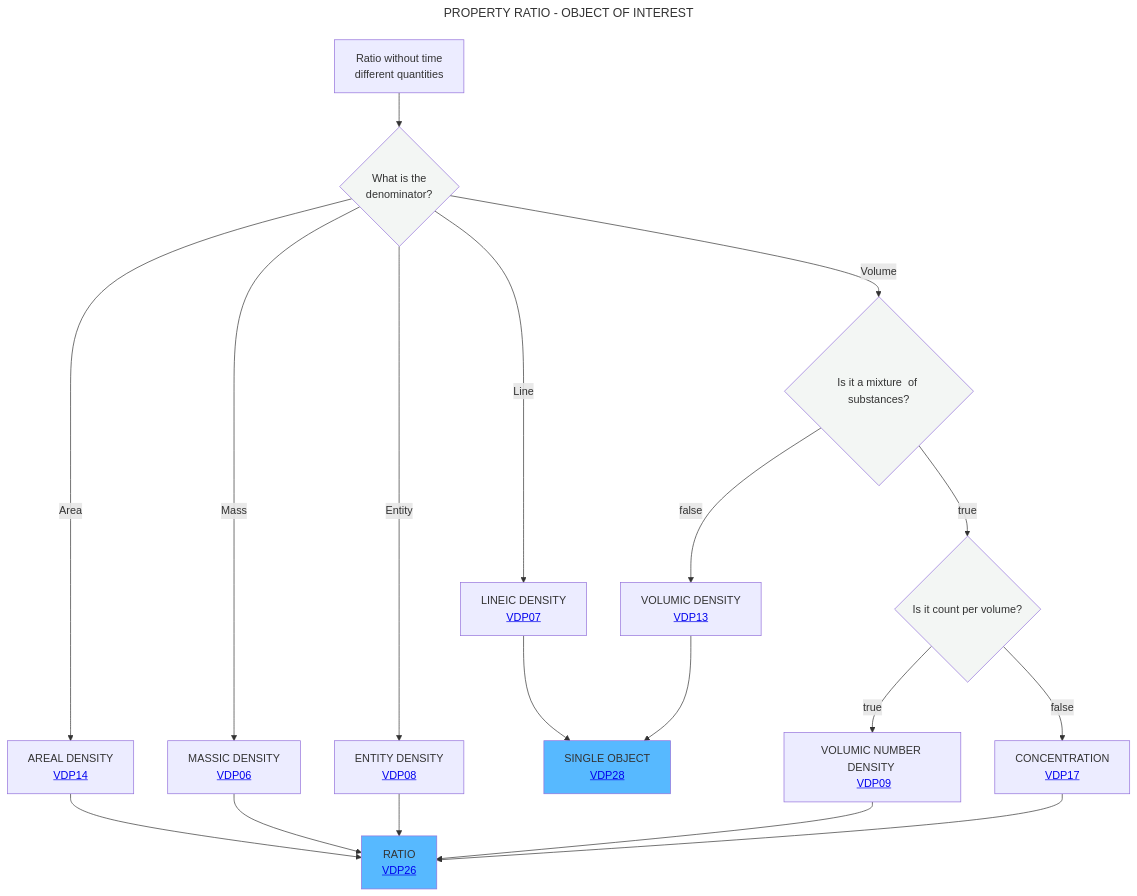
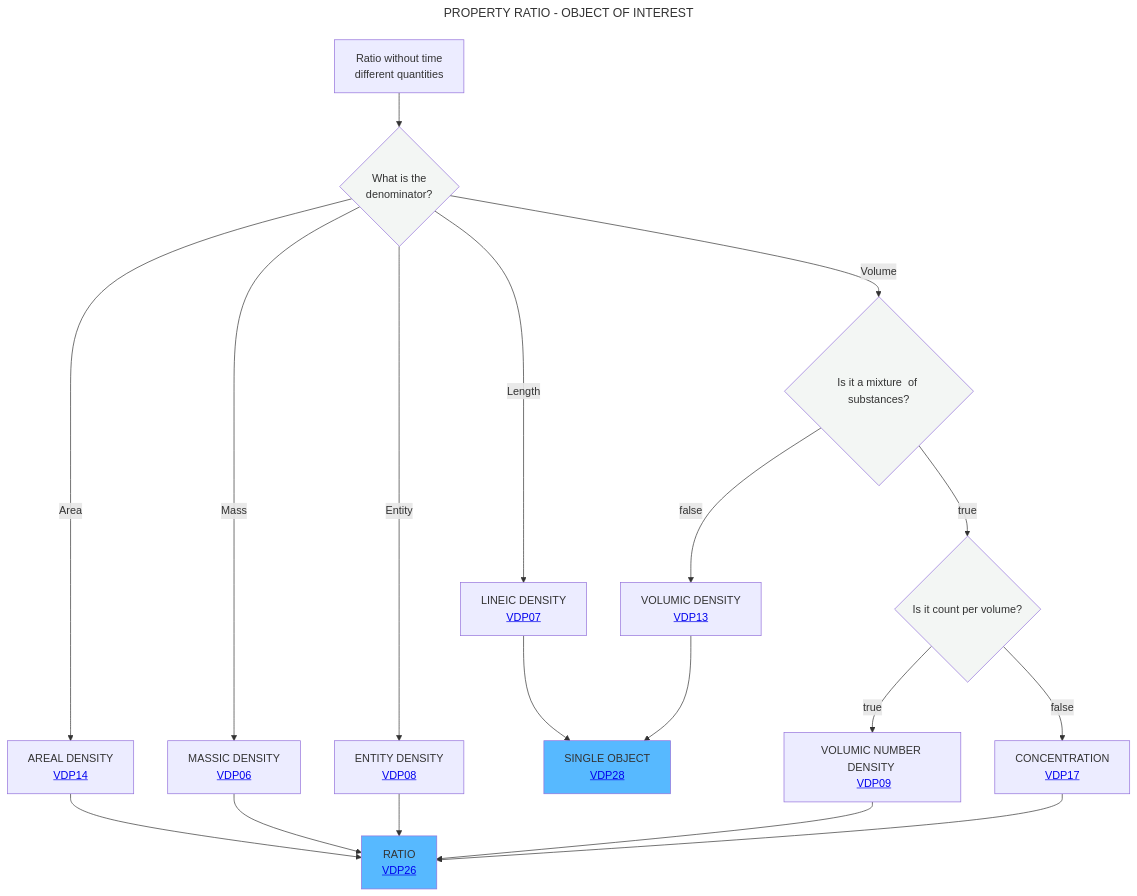
The diagram in Decisition_trees/DT4.mmd (mabablue/I-ADOPT-patterns-playground), drawn with Mermaid before and after one commit.

```diff
--- a/Decisition_trees/DT4.mmd
+++ b/Decisition_trees/DT4.mmd
@@ -1,25 +1,25 @@
 ---
 title: PROPERTY RATIO - OBJECT OF INTEREST
 ---
 flowchart TD
     A[Ratio without time <br> different quantities] --> B{What is the <br> denominator?}:::white
     B -- Area -->C[AREAL DENSITY <br> <a href='https://github.com/mabablue/I-ADOPT-patterns-playground/blob/main/pattern/VDP14.yaml'>VDP14</a>]
     B -- Mass -->E[MASSIC DENSITY <br> <a href='https://github.com/mabablue/I-ADOPT-patterns-playground/blob/main/pattern/VDP06.yaml'>VDP06</a>]
     B -- Entity -->F[ENTITY DENSITY <br> <a href='https://github.com/mabablue/I-ADOPT-patterns-playground/blob/main/pattern/VDP09.yaml'>VDP08</a>]
-    B -- Line -->D[LINEIC DENSITY <br> <a href='https://github.com/mabablue/I-ADOPT-patterns-playground/blob/main/pattern/VDP07.yaml'>VDP07</a>]
+    B -- Length -->D[LINEIC DENSITY <br> <a href='https://github.com/mabablue/I-ADOPT-patterns-playground/blob/main/pattern/VDP07.yaml'>VDP07</a>]
     B -- Volume -->G{Is it a mixture <be> of substances?}:::white
     G --> |false|H[VOLUMIC DENSITY <br> <a href='https://github.com/mabablue/I-ADOPT-patterns-playground/blob/main/pattern/VDP13.yaml'>VDP13</a>]
     G--> |true|I{Is it count per volume?}:::white
     I --> |true|L[VOLUMIC NUMBER DENSITY <br> <a href='https://github.com/mabablue/I-ADOPT-patterns-playground/blob/main/pattern/VDP09.yaml'>VDP09</a>]
     I --> |false|M[CONCENTRATION <br> <a href='https://github.com/mabablue/I-ADOPT-patterns-playground/blob/main/pattern/VDP17.yaml'>VDP17</a>]
     C --> N[RATIO <br> <a href='https://github.com/mabablue/I-ADOPT-patterns-playground/blob/main/pattern/VDP26.yaml'>VDP26</a>]:::satblue
     E --> N
     F --> N
     D --> O[SINGLE OBJECT <br> <a href='https://github.com/mabablue/I-ADOPT-patterns-playground/blob/main/pattern/VDP28.yaml'>VDP28</a>]:::satblue
     H --> O
     L --> N
     M --> N
    classDef blue fill:#90D5FF
    classDef satblue fill:#57B9FF 
    classDef white fill:#f3f6f4
    classDef green fill:#6aa84f
```
